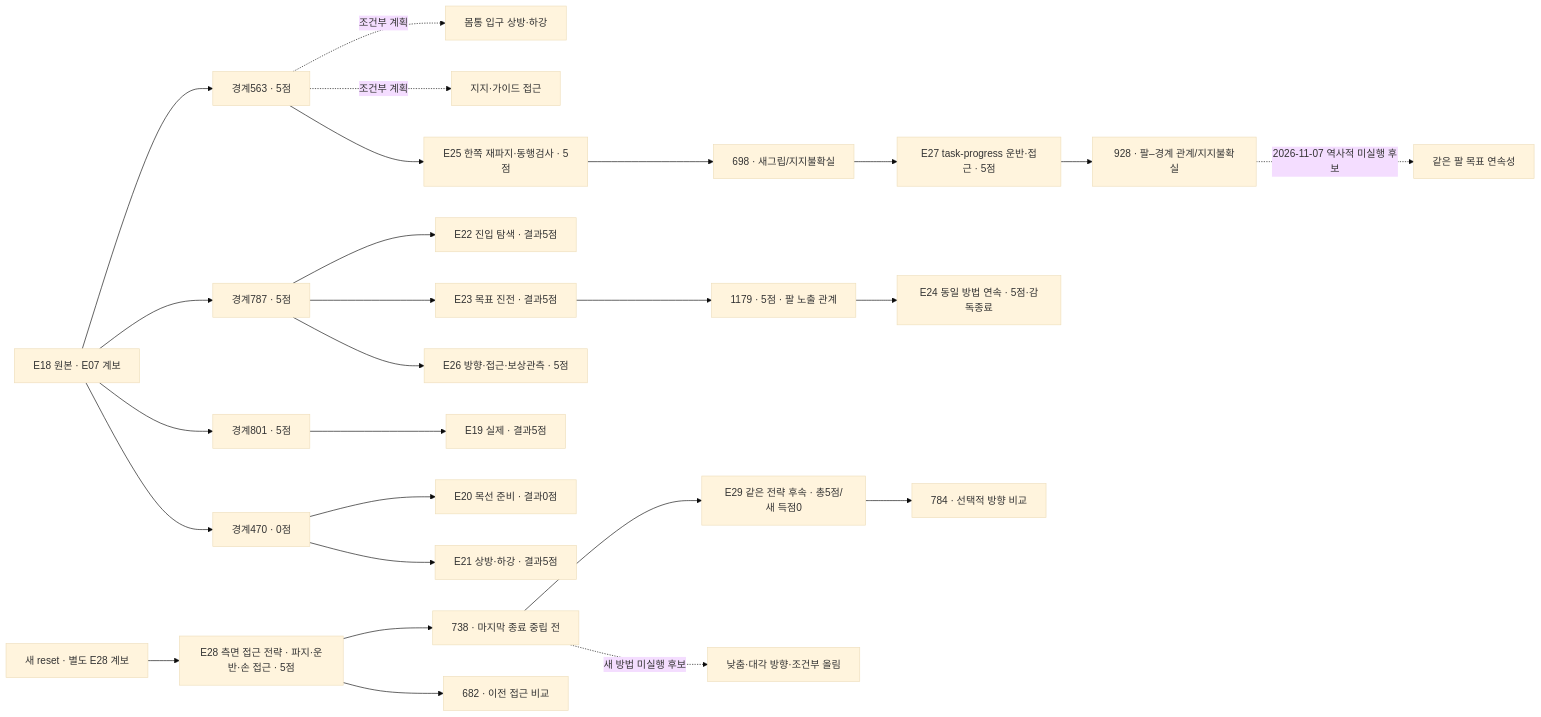
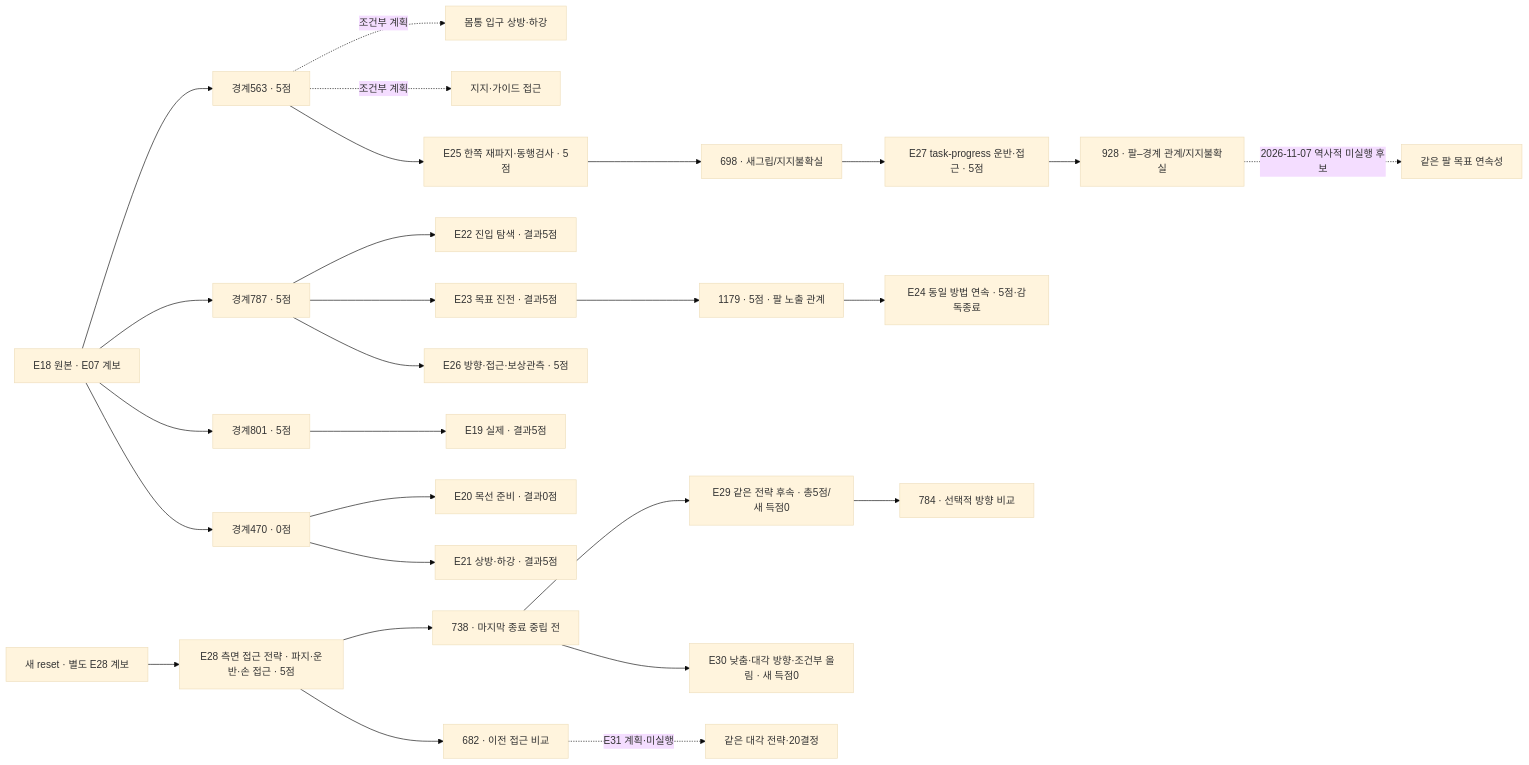
One commit to leonyoon-3dai/PhyRC_2027_phase1 changed the diagram in docs/collection/catalog/README.ko.md. Above: the diagram before and after it, drawn with Mermaid (base theme). The commit also changed other lines of this file and 53 other files, not shown here.

````diff
--- a/docs/collection/catalog/README.ko.md
+++ b/docs/collection/catalog/README.ko.md
@@ -37,28 +37,29 @@
 ```mermaid
 flowchart LR
   E18["E18 원본 · E07 계보"] --> P563["경계563 · 5점"]
   E18 --> P787["경계787 · 5점"]
   E18 --> P801["경계801 · 5점"]
   E18 --> P470["경계470 · 0점"]
   P563 -. "조건부 계획" .-> O["몸통 입구 상방·하강"]
   P563 -. "조건부 계획" .-> G["지지·가이드 접근"]
   P801 --> E19["E19 실제 · 결과5점"]
   P470 --> E20["E20 목선 준비 · 결과0점"]
   P470 --> E21["E21 상방·하강 · 결과5점"]
   P787 --> E22["E22 진입 탐색 · 결과5점"]
   P787 --> E23["E23 목표 진전 · 결과5점"]
   E23 --> P1179["1179 · 5점 · 팔 노출 관계"]
   P1179 --> E24["E24 동일 방법 연속 · 5점·감독종료"]
   P563 --> M1["E25 한쪽 재파지·동행검사 · 5점"]
   P787 --> M2["E26 방향·접근·보상관측 · 5점"]
   M1 --> P698["698 · 새그립/지지불확실"]
   P698 --> C["E27 task-progress 운반·접근 · 5점"]
   C --> P928["928 · 팔–경계 관계/지지불확실"]
   P928 -. "2026-11-07 역사적 미실행 후보" .-> S["같은 팔 목표 연속성"]
   F["새 reset · 별도 E28 계보"] --> E28["E28 측면 접근 전략 · 파지·운반·손 접근 · 5점"]
   E28 --> P738["738 · 마지막 종료 중립 전"]
   E28 --> P682["682 · 이전 접근 비교"]
   P738 --> E29["E29 같은 전략 후속 · 총5점/새 득점0"]
   E29 --> P784["784 · 선택적 방향 비교"]
-  P738 -. "새 방법 미실행 후보" .-> N["낮춤·대각 방향·조건부 올림"]
+  P738 --> E30["E30 낮춤·대각 방향·조건부 올림 · 새 득점0"]
+  P682 -. "E31 계획·미실행" .-> N["같은 대각 전략·20결정"]
 ```
````
